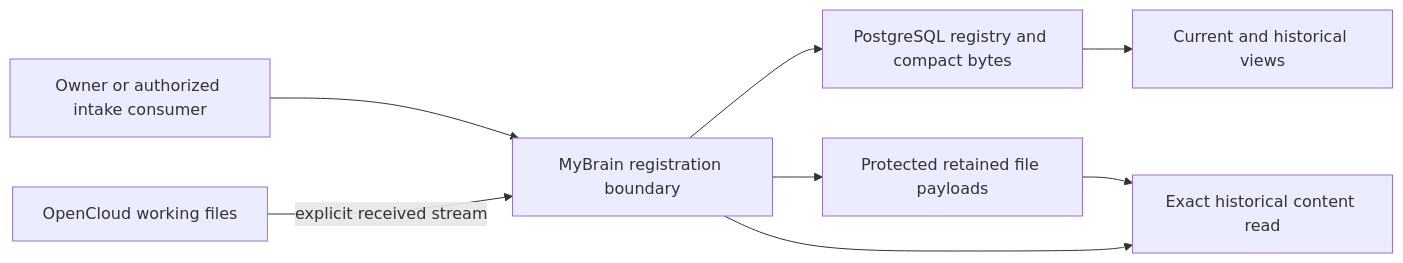
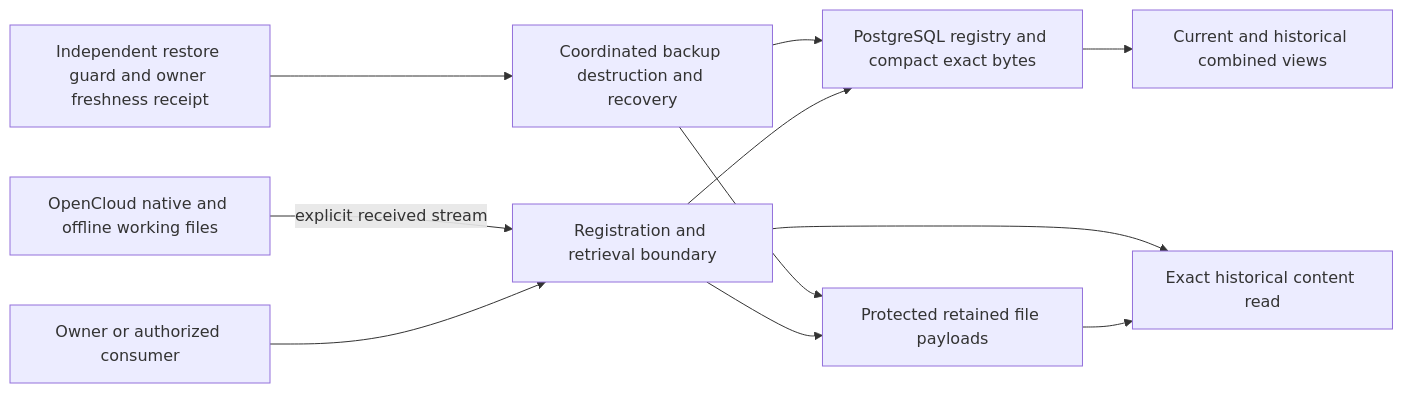
One commit to MikeyVK/MyBrain changed the diagram in docs/development/issue6/design.md. Above: the diagram before and after it, drawn with Mermaid. The commit also changed other lines of this file and 4 other files, not shown here.

````diff
--- a/docs/development/issue6/design.md
+++ b/docs/development/issue6/design.md
@@ -25,10 +25,13 @@
 ```mermaid
 flowchart LR
-  Client[Owner or authorized intake consumer] --> API[MyBrain registration boundary]
-  OC[OpenCloud working files] -->|explicit received stream| API
-  API --> PG[PostgreSQL registry and compact bytes]
+  Client[Owner or authorized consumer] --> API[Registration and retrieval boundary]
+  OC[OpenCloud native and offline working files] -->|explicit received stream| API
+  API --> PG[PostgreSQL registry and compact exact bytes]
   API --> Retained[Protected retained file payloads]
-  PG --> Views[Current and historical views]
+  PG --> Views[Current and historical combined views]
   Retained --> Read[Exact historical content read]
   API --> Read
+  Guard[Independent restore guard and owner freshness receipt] --> Recovery[Coordinated backup destruction and recovery]
+  Recovery --> PG
+  Recovery --> Retained
 ```
````
